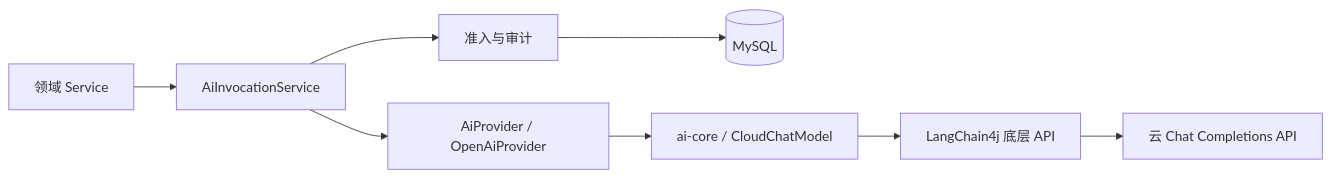
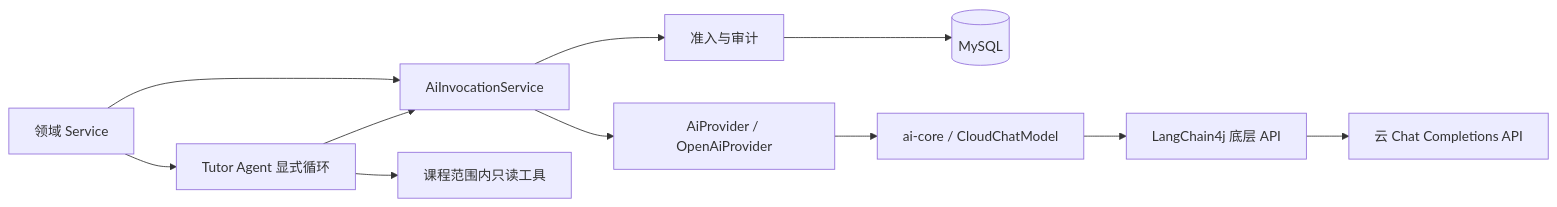
The diagram in docs/architecture/ai-system.md (umico8832/LearnPlatform), drawn with Mermaid before and after one commit. The commit also changed other lines of this file and 44 other files, not shown here.

````diff
--- a/docs/architecture/ai-system.md
+++ b/docs/architecture/ai-system.md
@@ -10,10 +10,13 @@
 ```mermaid
 flowchart LR
-    Domain[领域 Service] --> Gateway[AiInvocationService]
+    Domain[领域 Service] --> Agent[Tutor Agent 显式循环]
+    Domain --> Gateway[AiInvocationService]
+    Agent --> Tools[课程范围内只读工具]
+    Agent --> Gateway
     Gateway --> Governance[准入与审计]
     Governance --> DB[(MySQL)]
     Gateway --> Provider[AiProvider / OpenAiProvider]
     Provider --> Core[ai-core / CloudChatModel]
     Core --> SDK[LangChain4j 底层 API]
     SDK --> Cloud[云 Chat Completions API]
 ```
````
